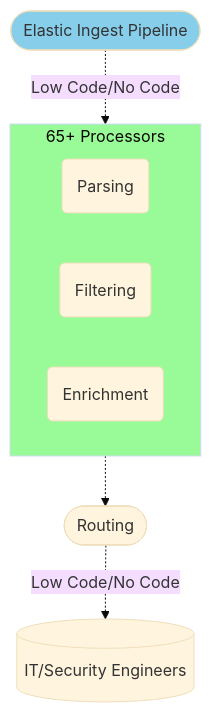
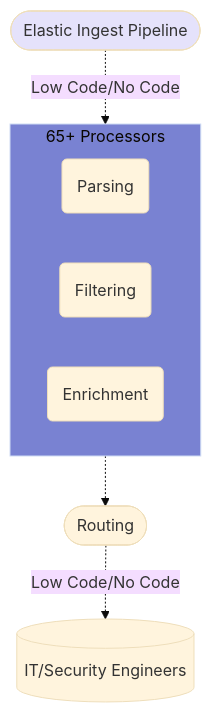
One commit to VirtualMetric/virtualmetric-docs changed the seventh of 8 diagrams in docs/features.mdx. Above: the diagram before and after it, drawn with Mermaid (base theme). The commit also changed other lines of this file and 1 other file, not shown here.

````diff
--- a/docs/features.mdx
+++ b/docs/features.mdx
@@ -337,17 +339,17 @@
 ```mermaid
 graph TD
     EIP([Elastic Ingest Pipeline])
     
     subgraph Processors[65+ Processors]
         P1(Parsing)
         P2(Filtering)
         P3(Enrichment)
     end
     
     EIP -.-> |Low Code/No Code| Processors
     Processors -.-> Routing([Routing])
     Routing -.->  |Low Code/No Code| Engineers[(IT/Security Engineers)]
     
-    style EIP fill:#87CEEB
-    style Processors fill:#98FB98
+    style EIP fill:#E5E2FB
+    style Processors fill:#7982D2
 ```
````
